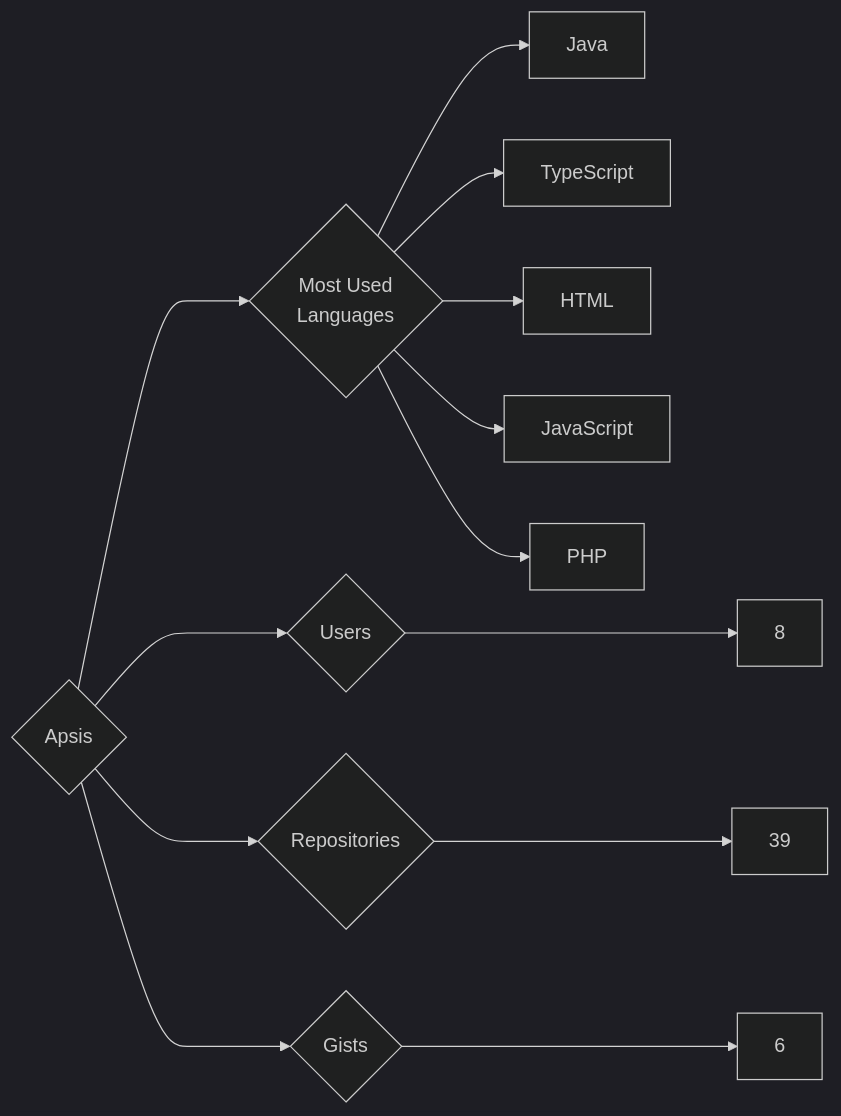
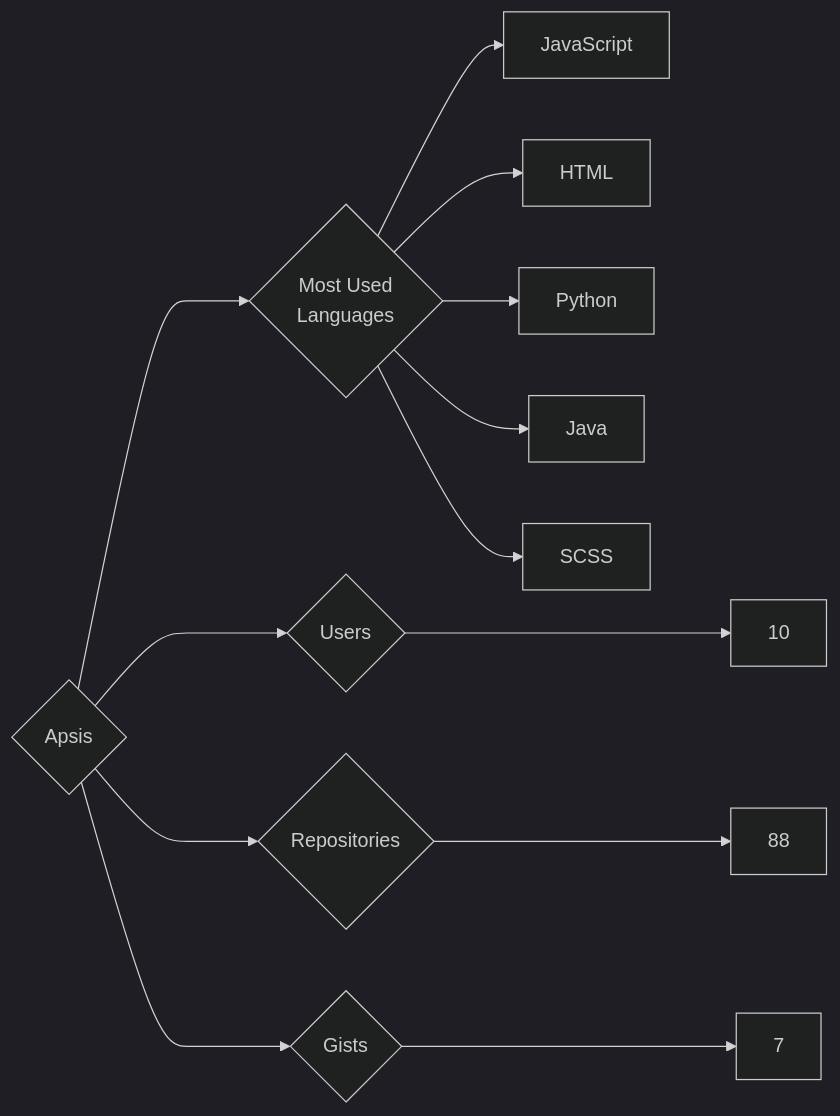
One commit to trickest/insiders changed the diagram in targets/Apsis/README.md. Above: the diagram before and after it, drawn with Mermaid (dark theme). The commit also changed 721 other files, not shown here.

````diff
--- a/targets/Apsis/README.md
+++ b/targets/Apsis/README.md
@@ -3,13 +3,13 @@
 ```mermaid
 graph LR
 COMPANY_NAME{Apsis}
-COMPANY_NAME ---> U{Users} ---> UN[8]
-COMPANY_NAME ---> R{Repositories} ---> RN[39]
-COMPANY_NAME ---> G{Gists} ---> GN[6]
+COMPANY_NAME ---> U{Users} ---> UN[10]
+COMPANY_NAME ---> R{Repositories} ---> RN[88]
+COMPANY_NAME ---> G{Gists} ---> GN[7]
 COMPANY_NAME ---> ML{Most Used<br>Languages}
+ML --> JavaScript[JavaScript]
+ML --> HTML[HTML]
+ML --> Python[Python]
 ML --> Java[Java]
-ML --> TypeScript[TypeScript]
-ML --> HTML[HTML]
-ML --> JavaScript[JavaScript]
-ML --> PHP[PHP]
+ML --> SCSS[SCSS]
 ```
````
